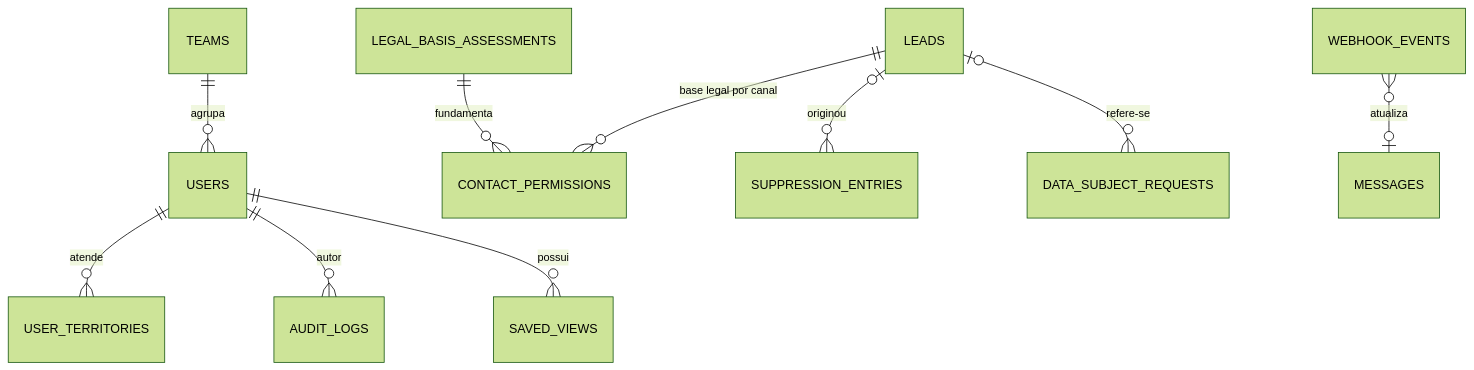
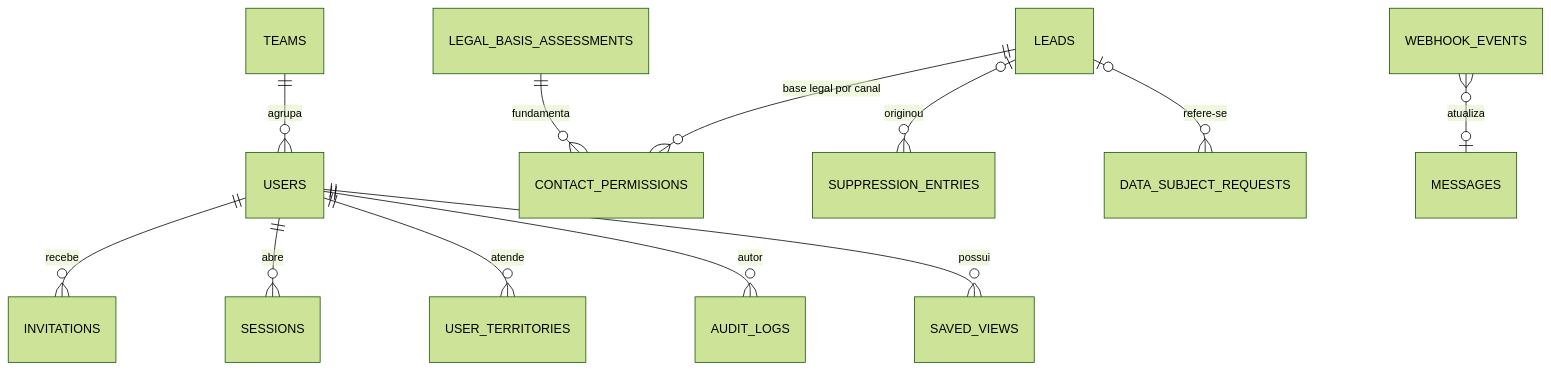
The fourth of 4 diagrams in docs/DATABASE.md (IvoViana369-ai/Central-SDR-Doclie), drawn with Mermaid (forest theme) before and after one commit. The commit also changed other lines of this file and 6 other files, not shown here.

````diff
--- a/docs/DATABASE.md
+++ b/docs/DATABASE.md
@@ -127,12 +127,14 @@
 ```mermaid
 erDiagram
   TEAMS ||--o{ USERS : "agrupa"
+  USERS ||--o{ INVITATIONS : "recebe"
+  USERS ||--o{ SESSIONS : "abre"
   USERS ||--o{ USER_TERRITORIES : "atende"
   USERS ||--o{ AUDIT_LOGS : "autor"
   LEADS ||--o{ CONTACT_PERMISSIONS : "base legal por canal"
   LEGAL_BASIS_ASSESSMENTS ||--o{ CONTACT_PERMISSIONS : "fundamenta"
   LEADS |o--o{ SUPPRESSION_ENTRIES : "originou"
   LEADS |o--o{ DATA_SUBJECT_REQUESTS : "refere-se"
   USERS ||--o{ SAVED_VIEWS : "possui"
   WEBHOOK_EVENTS }o--o| MESSAGES : "atualiza"
 ```
````
